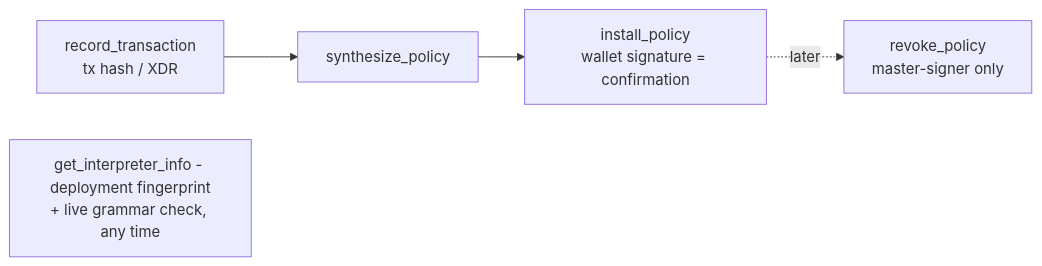
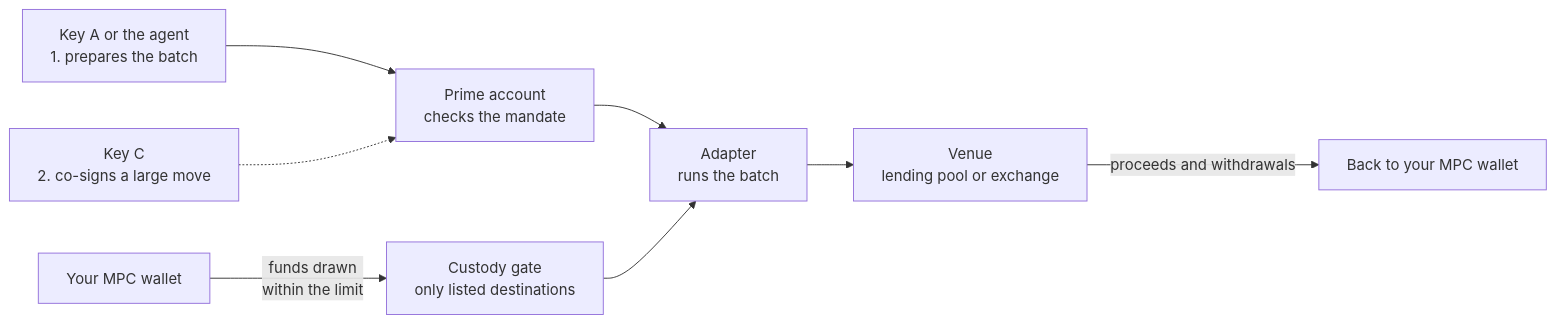
One commit to untangledfinance/oz-policy-builder changed the second of 3 diagrams in docs/architecture.md. Above: the diagram before and after it, drawn with Mermaid. The commit also changed other lines of this file and 55 other files, not shown here.

First line of the commit message:
docs: three documents for the custody architecture on Stellar and EVM

````diff
--- a/docs/architecture.md
+++ b/docs/architecture.md
@@ -61,12 +67,10 @@
 ```mermaid
 flowchart LR
-    rec["record_transaction<br/>tx hash / XDR"]
-    syn["synthesize_policy"]
-    ins["install_policy<br/>wallet signature = confirmation"]
-    rev["revoke_policy<br/>master-signer only"]
-
-    rec --> syn --> ins
-    ins -. later .-> rev
-
-    info["get_interpreter_info - deployment fingerprint<br/>+ live grammar check, any time"]
+    A["Key A or the agent<br/>1. prepares the batch"] --> PRIME
+    C["Key C<br/>2. co-signs a large move"] -.-> PRIME
+    PRIME["Prime account<br/>checks the mandate"] --> AD
+    MPC["Your MPC wallet"] -->|"funds drawn<br/>within the limit"| GATE["Custody gate<br/>only listed destinations"]
+    GATE --> AD["Adapter<br/>runs the batch"]
+    AD --> VENUE["Venue<br/>lending pool or exchange"]
+    VENUE -->|"proceeds and withdrawals"| BACK["Back to your MPC wallet"]
 ```
````
